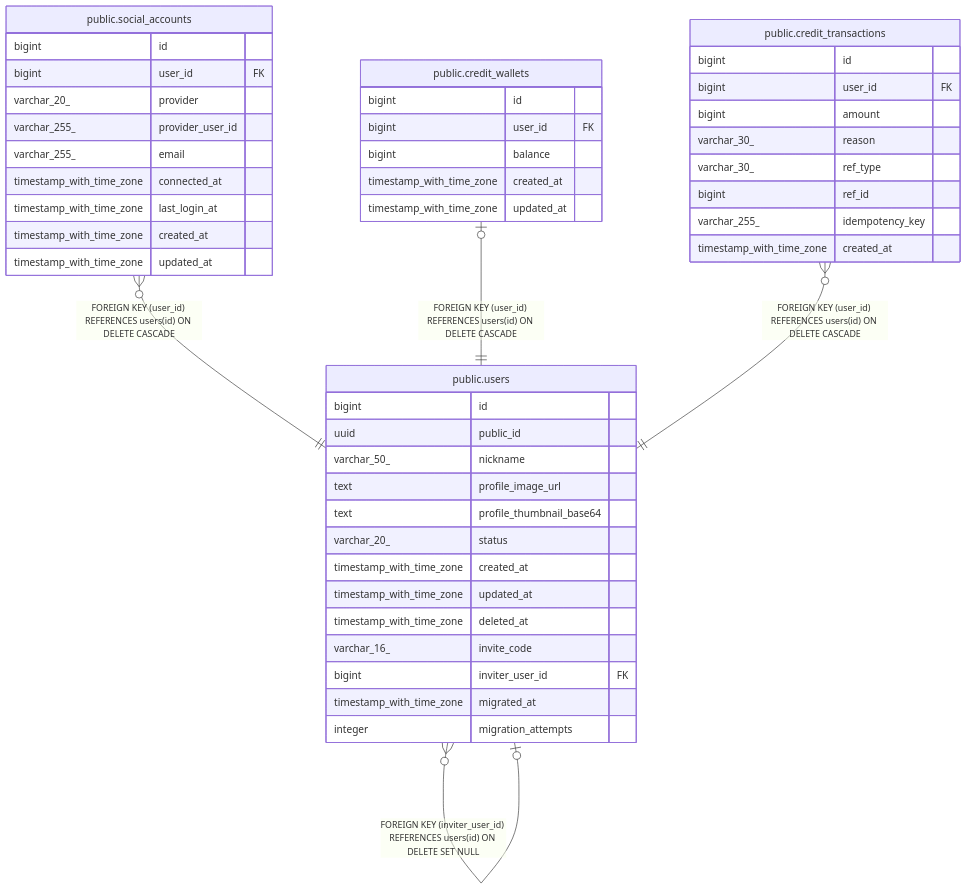
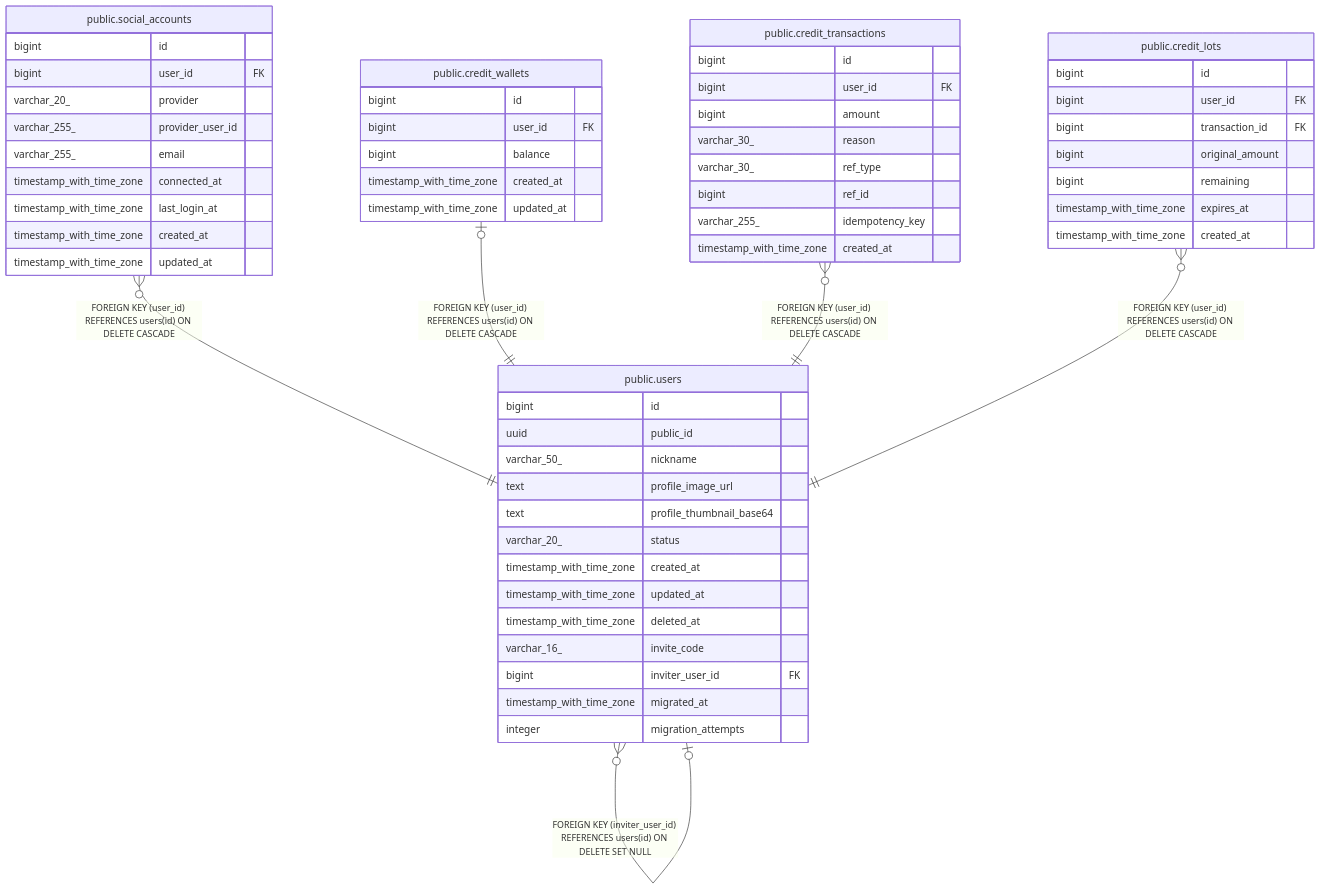
One commit to KIM-N-KANG/manyak-server changed the diagram in dbdoc/public.users.md. Above: the diagram before and after it, drawn with Mermaid. The commit also changed other lines of this file and 9 other files, not shown here.

````diff
--- a/dbdoc/public.users.md
+++ b/dbdoc/public.users.md
@@ -41,52 +41,62 @@
 ```mermaid
 erDiagram
 
 "public.users" }o--o| "public.users" : "FOREIGN KEY (inviter_user_id) REFERENCES users(id) ON DELETE SET NULL"
 "public.social_accounts" }o--|| "public.users" : "FOREIGN KEY (user_id) REFERENCES users(id) ON DELETE CASCADE"
 "public.credit_wallets" |o--|| "public.users" : "FOREIGN KEY (user_id) REFERENCES users(id) ON DELETE CASCADE"
 "public.credit_transactions" }o--|| "public.users" : "FOREIGN KEY (user_id) REFERENCES users(id) ON DELETE CASCADE"
+"public.credit_lots" }o--|| "public.users" : "FOREIGN KEY (user_id) REFERENCES users(id) ON DELETE CASCADE"
 
 "public.users" {
   bigint id
   uuid public_id
   varchar_50_ nickname
   text profile_image_url
   text profile_thumbnail_base64
   varchar_20_ status
   timestamp_with_time_zone created_at
   timestamp_with_time_zone updated_at
   timestamp_with_time_zone deleted_at
   varchar_16_ invite_code
   bigint inviter_user_id FK
   timestamp_with_time_zone migrated_at
   integer migration_attempts
 }
 "public.social_accounts" {
   bigint id
   bigint user_id FK
   varchar_20_ provider
   varchar_255_ provider_user_id
   varchar_255_ email
   timestamp_with_time_zone connected_at
   timestamp_with_time_zone last_login_at
   timestamp_with_time_zone created_at
   timestamp_with_time_zone updated_at
 }
 "public.credit_wallets" {
   bigint id
   bigint user_id FK
   bigint balance
   timestamp_with_time_zone created_at
   timestamp_with_time_zone updated_at
 }
 "public.credit_transactions" {
   bigint id
   bigint user_id FK
   bigint amount
   varchar_30_ reason
   varchar_30_ ref_type
   bigint ref_id
   varchar_255_ idempotency_key
   timestamp_with_time_zone created_at
 }
+"public.credit_lots" {
+  bigint id
+  bigint user_id FK
+  bigint transaction_id FK
+  bigint original_amount
+  bigint remaining
+  timestamp_with_time_zone expires_at
+  timestamp_with_time_zone created_at
+}
 ```
````
